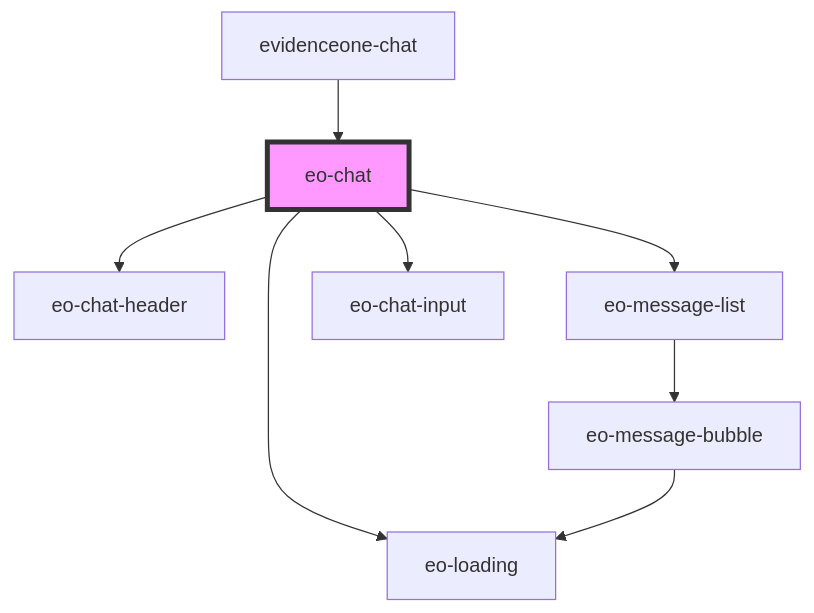
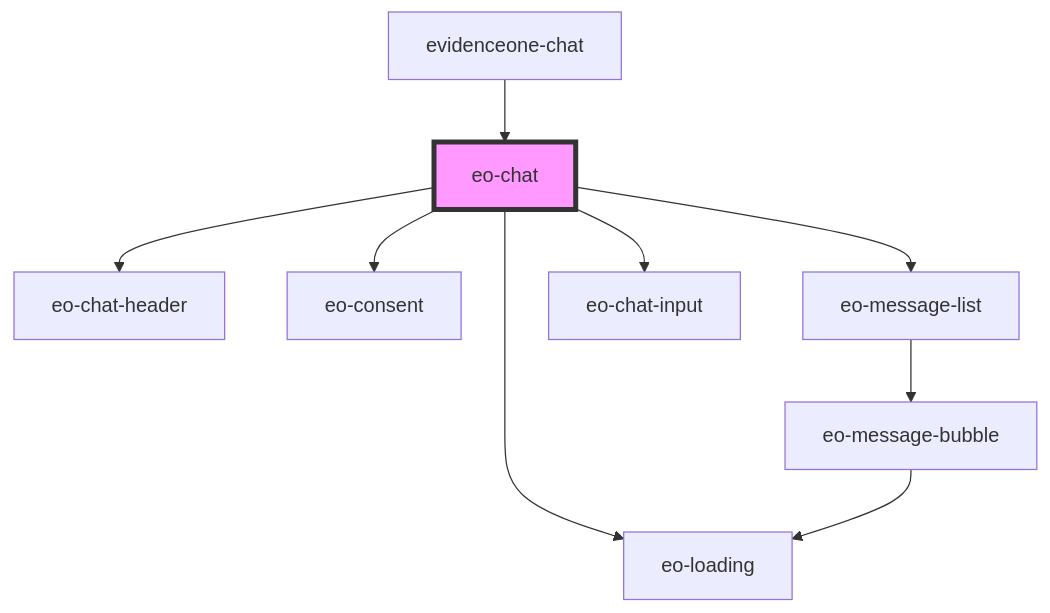
The diagram in src/components/eo-chat/readme.md (EvidenceOne/evidenceone-chat-widget), drawn with Mermaid before and after one commit. The commit also changed other lines of this file and 15 other files, not shown here.

````diff
--- a/src/components/eo-chat/readme.md
+++ b/src/components/eo-chat/readme.md
@@ -41,11 +45,12 @@
 ```mermaid
 graph TD;
   eo-chat --> eo-chat-header
   eo-chat --> eo-loading
+  eo-chat --> eo-consent
   eo-chat --> eo-message-list
   eo-chat --> eo-chat-input
   eo-message-list --> eo-message-bubble
   eo-message-bubble --> eo-loading
   evidenceone-chat --> eo-chat
   style eo-chat fill:#f9f,stroke:#333,stroke-width:4px
 ```
````
